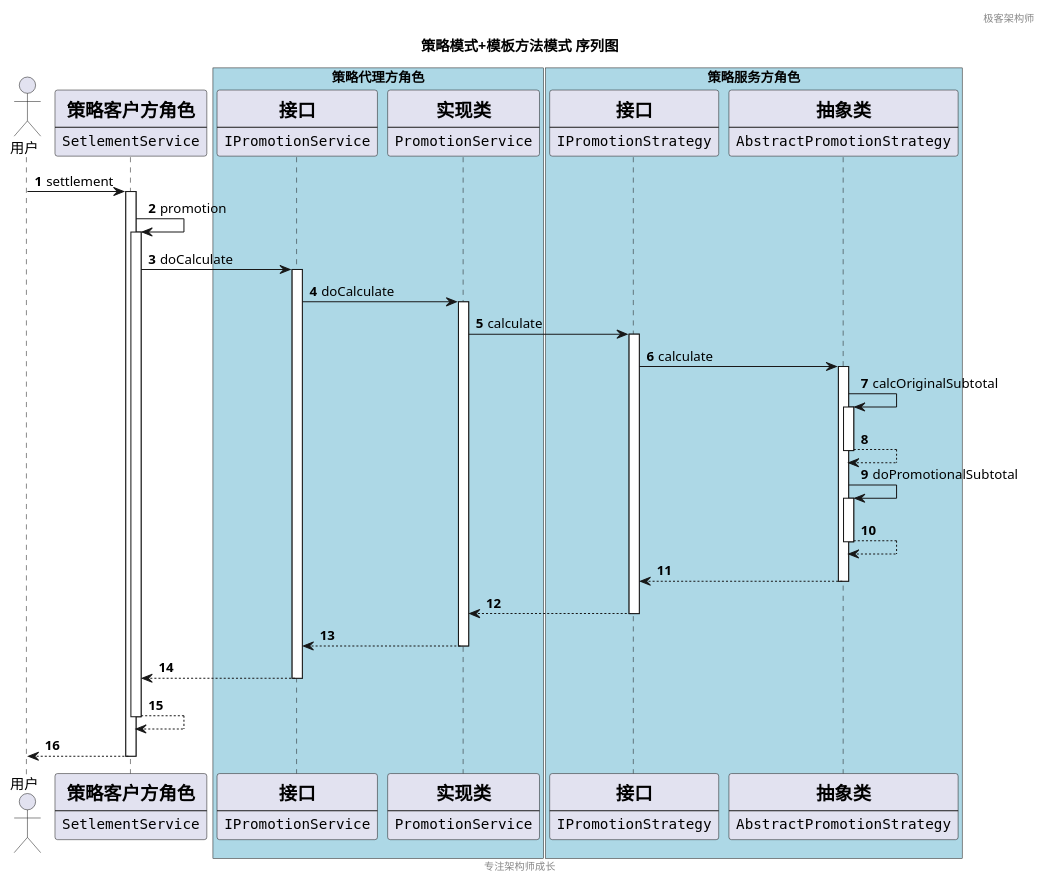
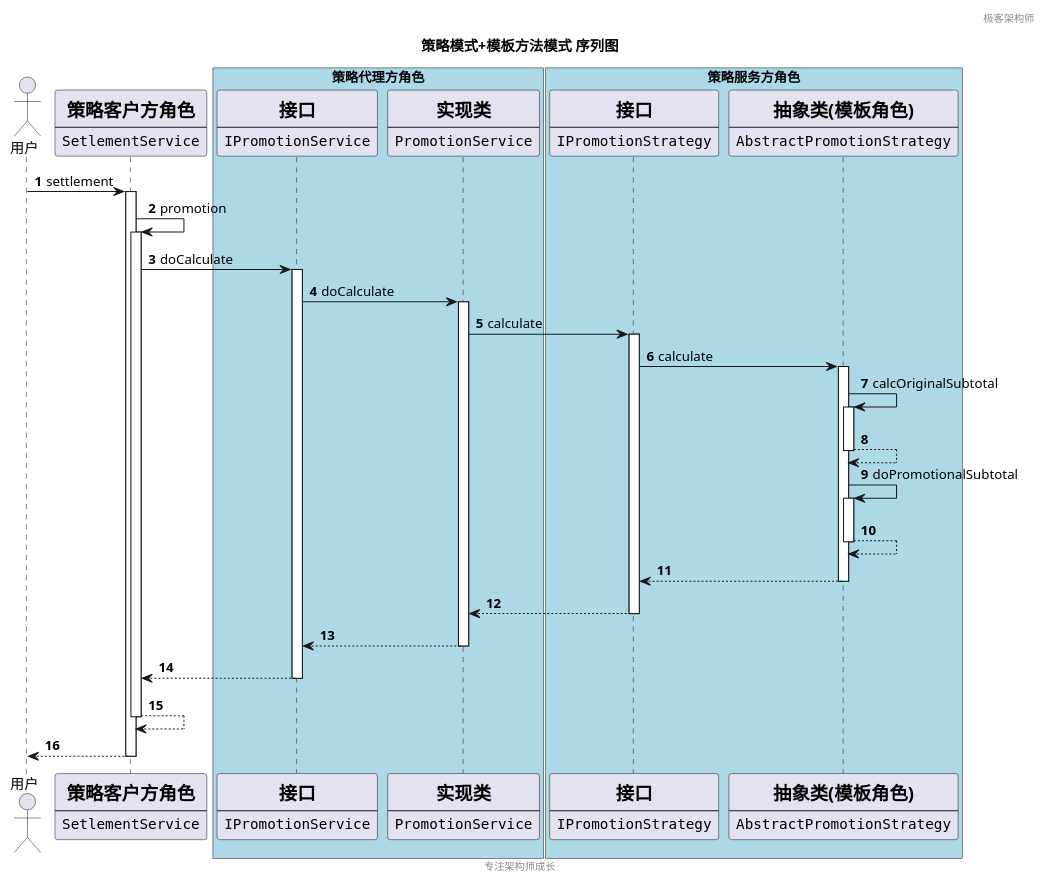
Before and after one commit to geek-architect/DesignPatterns: the diagram in src/main/java/com/geekarchitect/patterns/demo9901/SetlementService_settlement.puml, drawn with PlantUML. The commit also changed 13 other files, not shown here.

```diff
--- a/src/main/java/com/geekarchitect/patterns/demo9901/SetlementService_settlement.puml
+++ b/src/main/java/com/geekarchitect/patterns/demo9901/SetlementService_settlement.puml
@@ -1,70 +1,70 @@
 @startuml
 
 header 极客架构师
 footer 专注架构师成长
 title 策略模式+模板方法模式 序列图
 autonumber
 
 actor 用户
 participant SetlementService [
                                =策略客户方角色
                                ----
                                ""SetlementService""
                                ]
 box "策略代理方角色" #LightBlue
 participant IPromotionService [
                                =接口
                                ----
                                ""IPromotionService""
                                ]
 participant PromotionService [
                                =实现类
                                ----
                                ""PromotionService""
                                ]
 end box
 box "策略服务方角色" #LightBlue
 participant IPromotionStrategy [
                                =接口
                                ----
                                ""IPromotionStrategy""
                                ]
 participant AbstractPromotionStrategy [
-                               =抽象类
+                               =抽象类(模板角色)
                                ----
                                ""AbstractPromotionStrategy""
                                ]
 end box
 
 用户 -> SetlementService : settlement
 activate SetlementService
 SetlementService -> SetlementService : promotion
 activate SetlementService
 SetlementService -> IPromotionService : doCalculate
 activate IPromotionService
 IPromotionService -> PromotionService : doCalculate
 activate PromotionService
 PromotionService -> IPromotionStrategy : calculate
 activate IPromotionStrategy
 IPromotionStrategy -> AbstractPromotionStrategy : calculate
 activate AbstractPromotionStrategy
 AbstractPromotionStrategy -> AbstractPromotionStrategy : calcOriginalSubtotal
 activate AbstractPromotionStrategy
 AbstractPromotionStrategy --> AbstractPromotionStrategy
 deactivate AbstractPromotionStrategy
 AbstractPromotionStrategy -> AbstractPromotionStrategy : doPromotionalSubtotal
 activate AbstractPromotionStrategy
 AbstractPromotionStrategy --> AbstractPromotionStrategy
 deactivate AbstractPromotionStrategy
 AbstractPromotionStrategy --> IPromotionStrategy
 deactivate AbstractPromotionStrategy
 IPromotionStrategy --> PromotionService
 deactivate IPromotionStrategy
 PromotionService --> IPromotionService
 deactivate PromotionService
 IPromotionService --> SetlementService
 deactivate IPromotionService
 SetlementService --> SetlementService
 deactivate SetlementService
 return
 @enduml
```
